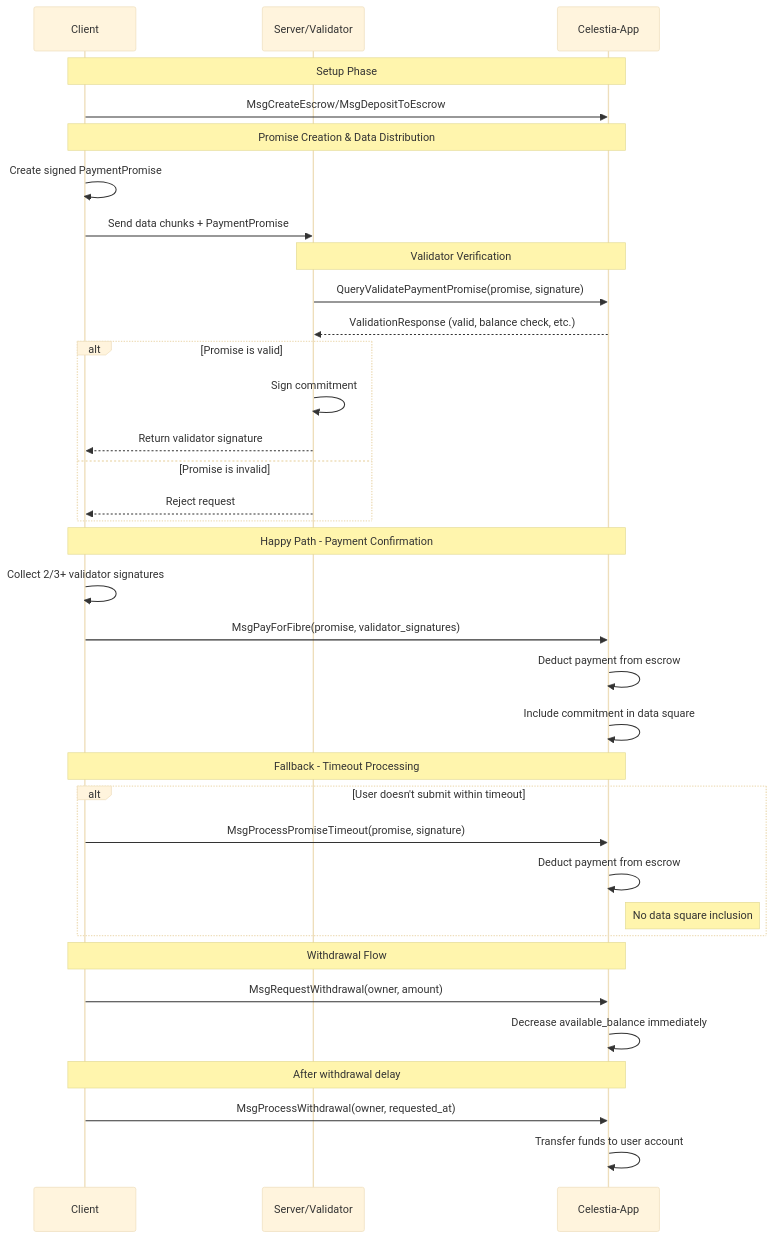
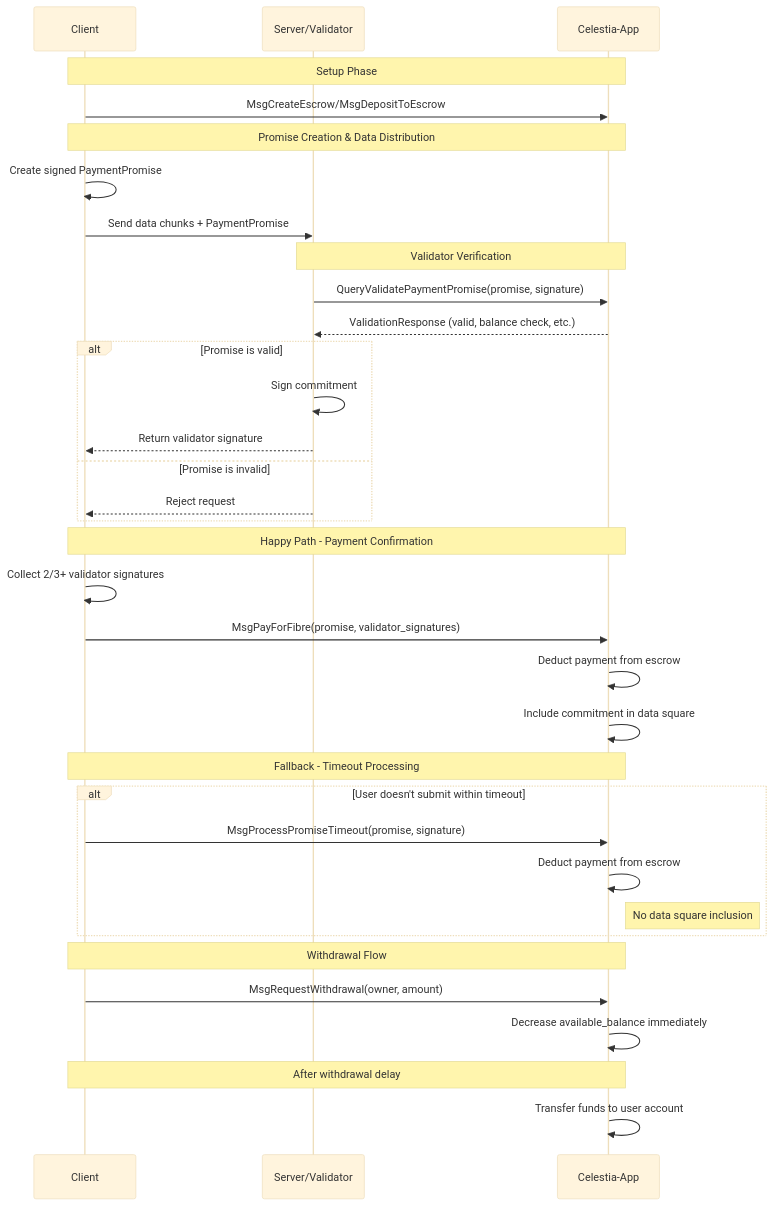
One commit to celestiaorg/celestia-app changed the diagram in spec.md. Above: the diagram before and after it, drawn with Mermaid (base theme). The commit also changed other lines of this file, not shown here.

````diff
--- a/spec.md
+++ b/spec.md
@@ -354,45 +325,44 @@
 ```mermaid
 sequenceDiagram
     participant C as Client
     participant S as Server/Validator
     participant A as Celestia-App
 
     Note over C,A: Setup Phase
     C->>A: MsgCreateEscrow/MsgDepositToEscrow
 
     Note over C,A: Promise Creation & Data Distribution
     C->>C: Create signed PaymentPromise
     C->>S: Send data chunks + PaymentPromise
 
     Note over S,A: Validator Verification
     S->>A: QueryValidatePaymentPromise(promise, signature)
     A-->>S: ValidationResponse (valid, balance check, etc.)
 
     alt Promise is valid
         S->>S: Sign commitment
         S-->>C: Return validator signature
     else Promise is invalid
         S-->>C: Reject request
     end
 
     Note over C,A: Happy Path - Payment Confirmation
     C->>C: Collect 2/3+ validator signatures
     C->>A: MsgPayForFibre(promise, validator_signatures)
     A->>A: Deduct payment from escrow
     A->>A: Include commitment in data square
 
     Note over C,A: Fallback - Timeout Processing
     alt User doesn't submit within timeout
         C->>A: MsgProcessPromiseTimeout(promise, signature)
         A->>A: Deduct payment from escrow
         Note right of A: No data square inclusion
     end
 
     Note over C,A: Withdrawal Flow
     C->>A: MsgRequestWithdrawal(owner, amount)
     A->>A: Decrease available_balance immediately
 
     Note over C,A: After withdrawal delay
-    C->>A: MsgProcessWithdrawal(owner, requested_at)
     A->>A: Transfer funds to user account
 ```
````
